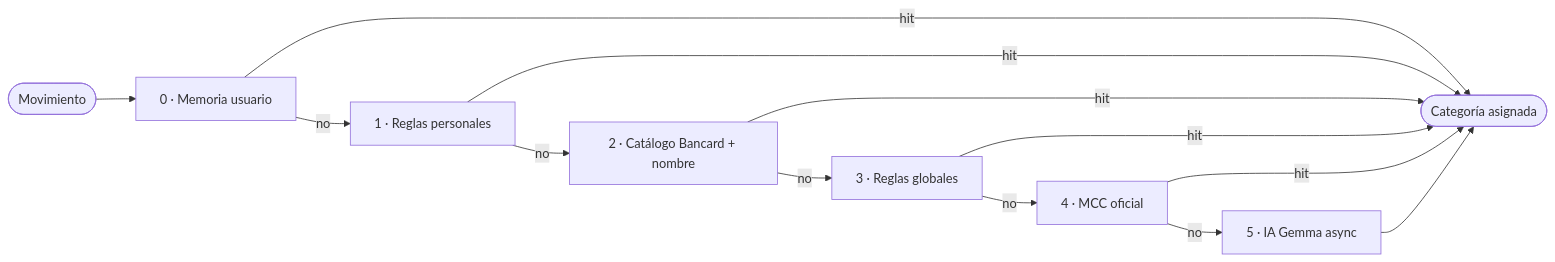
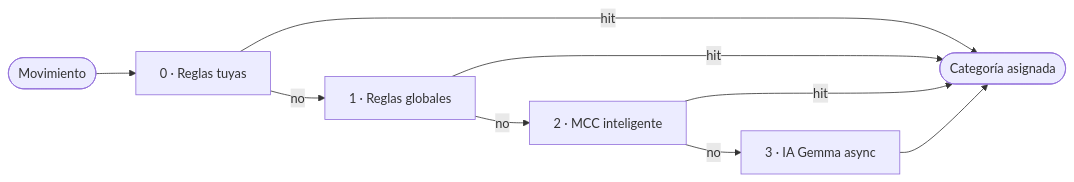
The first of 2 diagrams in README.md (anegri93/tagger), drawn with Mermaid before and after one commit. The commit also changed other lines of this file and 2 other files, not shown here.

````diff
--- a/README.md
+++ b/README.md
@@ -74,15 +72,11 @@
 ```mermaid
 flowchart LR
-    IN([Movimiento]) --> C0[0 · Memoria usuario]
+    IN([Movimiento]) --> C0[0 · Reglas tuyas]
     C0 -->|hit| OK([Categoría asignada])
-    C0 -->|no| C1[1 · Reglas personales]
+    C0 -->|no| C1[1 · Reglas globales]
     C1 -->|hit| OK
-    C1 -->|no| C2[2 · Catálogo Bancard + nombre]
+    C1 -->|no| C2[2 · MCC inteligente]
     C2 -->|hit| OK
-    C2 -->|no| C3[3 · Reglas globales]
-    C3 -->|hit| OK
-    C3 -->|no| C4[4 · MCC oficial]
-    C4 -->|hit| OK
-    C4 -->|no| C5[5 · IA Gemma async]
-    C5 --> OK
+    C2 -->|no| C3[3 · IA Gemma async]
+    C3 --> OK
 ```
````
